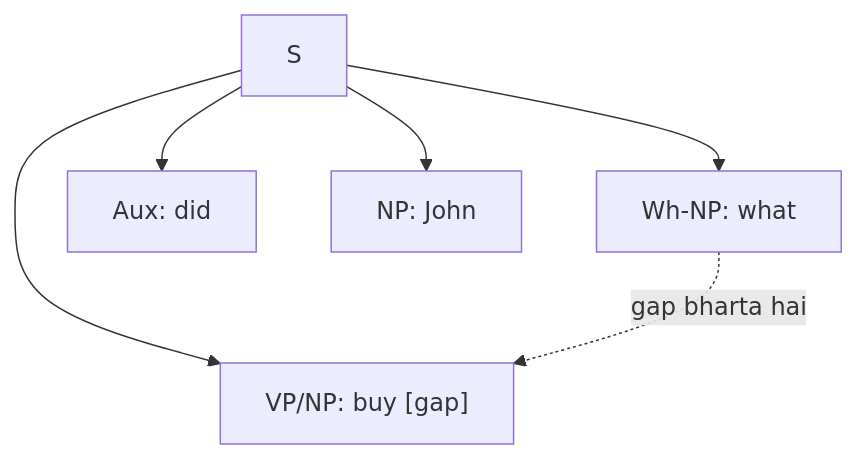
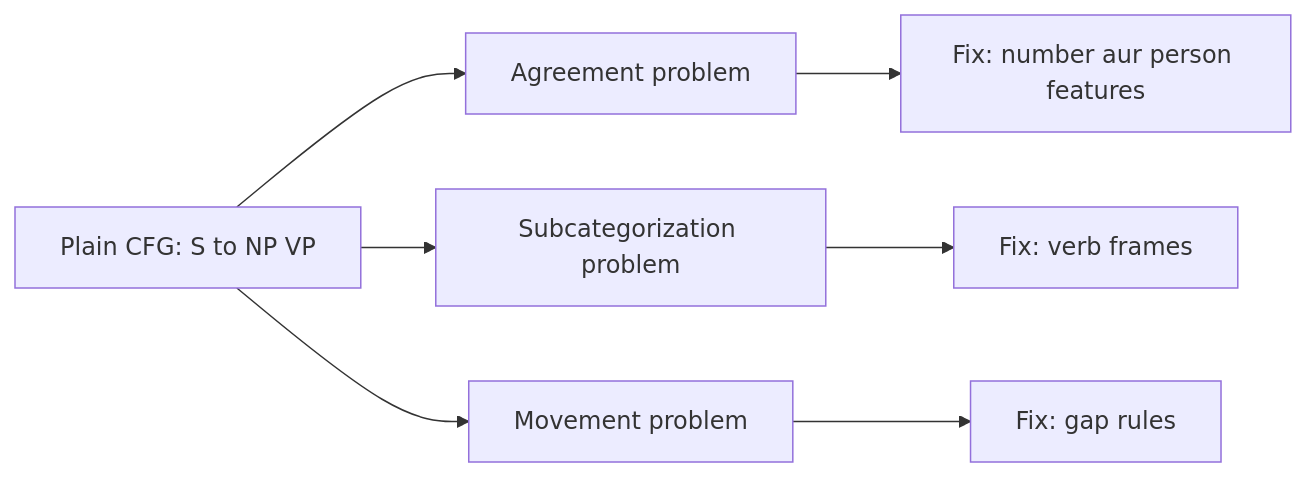
Before and after one commit to TrendySloth1001/sem-seven-notes: the diagram in content/natural-language-processing/pyq/2024-12/q5b.hi.mdx, drawn with Mermaid. The commit also changed other lines of this file and 406 other files, not shown here.

````diff
--- a/content/natural-language-processing/pyq/2024-12/q5b.hi.mdx
+++ b/content/natural-language-processing/pyq/2024-12/q5b.hi.mdx
@@ -33,9 +21,10 @@
 ```mermaid
-%% caption: "What did John buy" mein word "what" aage aa jaata hai aur "buy" ke baad gap chhod deta hai. Slash category S/NP missing NP ko tree mein neeche le jaati hai.
-flowchart TD
-  S["S"] --> W["Wh-NP: what"]
-  S --> A["Aux: did"]
-  S --> N["NP: John"]
-  S --> V["VP/NP: buy [gap]"]
-  W -.->|"gap bharta hai"| V
+%% caption: Plain CFG ki teen problems aur har ka usual fix.
+flowchart LR
+  A["Plain CFG: S to NP VP"] --> B["Agreement problem"]
+  A --> C["Subcategorization problem"]
+  A --> D["Movement problem"]
+  B --> B1["Fix: number aur person features"]
+  C --> C1["Fix: verb frames"]
+  D --> D1["Fix: gap rules"]
 ```
````
